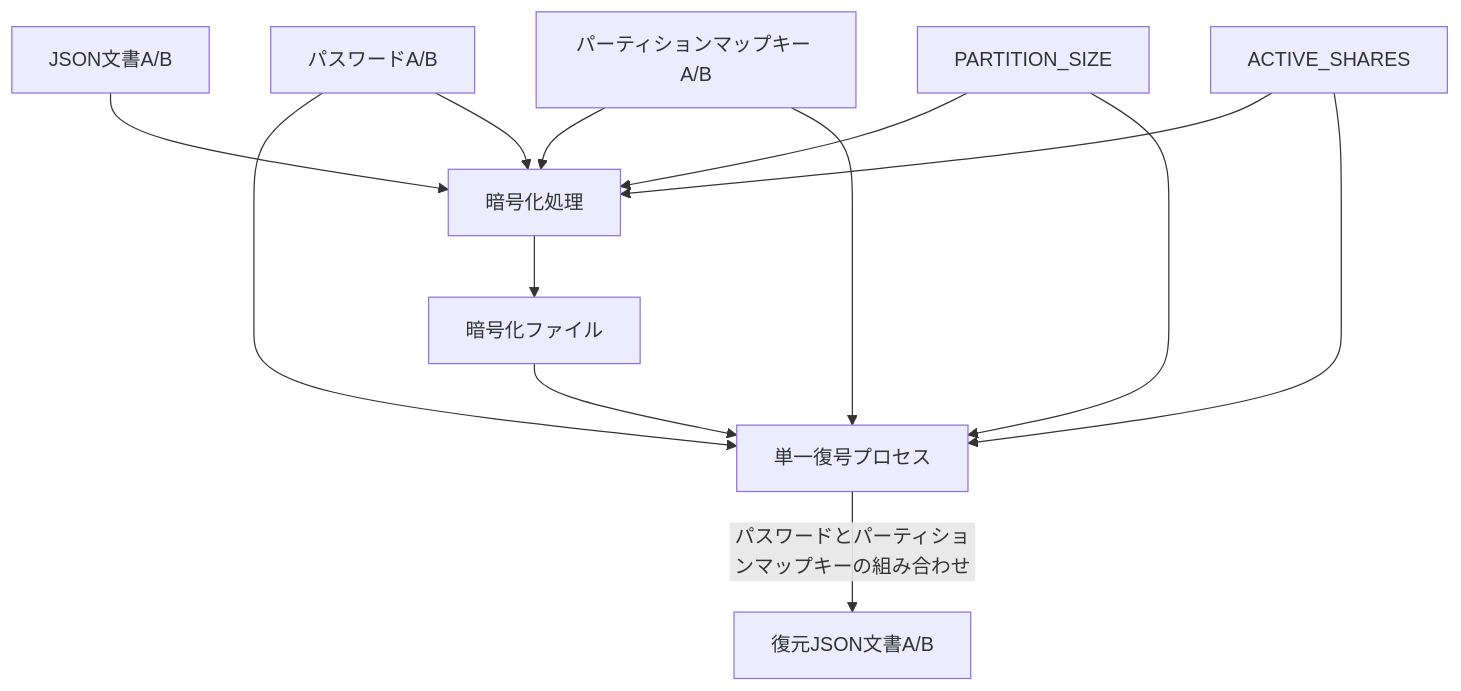
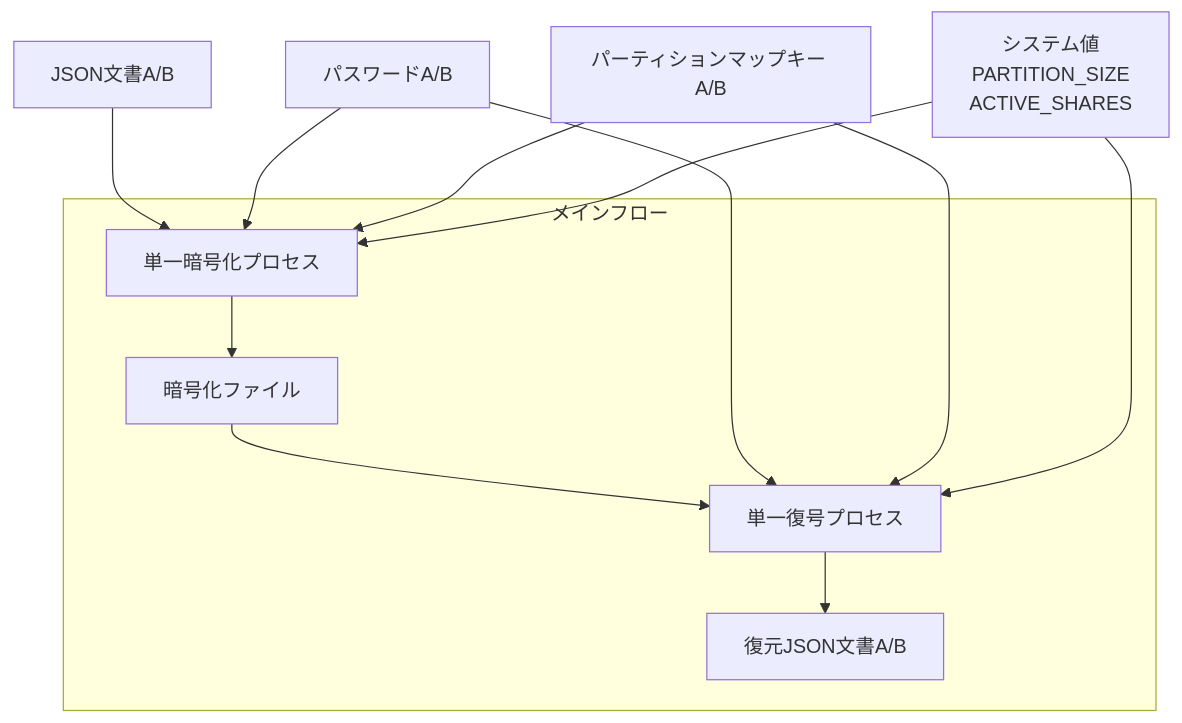
Before and after one commit to pacific-system/secret-sharing-demos-20250510: the first of 3 diagrams in method_13_shamir_multi_plaintext_system/design/02_architecture.md, drawn with Mermaid. The commit also changed other lines of this file and 1 other file, not shown here.

````diff
--- a/method_13_shamir_multi_plaintext_system/design/02_architecture.md
+++ b/method_13_shamir_multi_plaintext_system/design/02_architecture.md
@@ -21,15 +21,22 @@
 ```mermaid
 graph TD
-    A[JSON文書A/B] --> C[暗号化処理]
-    C --> D[暗号化ファイル]
-    D --> E[単一復号プロセス]
-    J[パスワードA/B] --> E
+    A[JSON文書A/B] --> C
+
+    subgraph メインフロー
+    C[単一暗号化プロセス]
+    D[暗号化ファイル]
+    E[単一復号プロセス]
+    G[復元JSON文書A/B]
+
+    C --> D
+    D --> E
+    E --> G
+    end
+
+    J[パスワードA/B] --> C
+    J --> E
     I[パーティションマップキー A/B] --> C
     I --> E
-    J --> C
-    PS[PARTITION_SIZE] --> C
-    PS --> E
-    AS[ACTIVE_SHARES] --> C
-    AS --> E
-    E -- パスワードとパーティションマップキーの組み合わせ --> G[復元JSON文書A/B]
+    SV[システム値<br>PARTITION_SIZE<br>ACTIVE_SHARES] --> C
+    SV --> E
 ```
````
